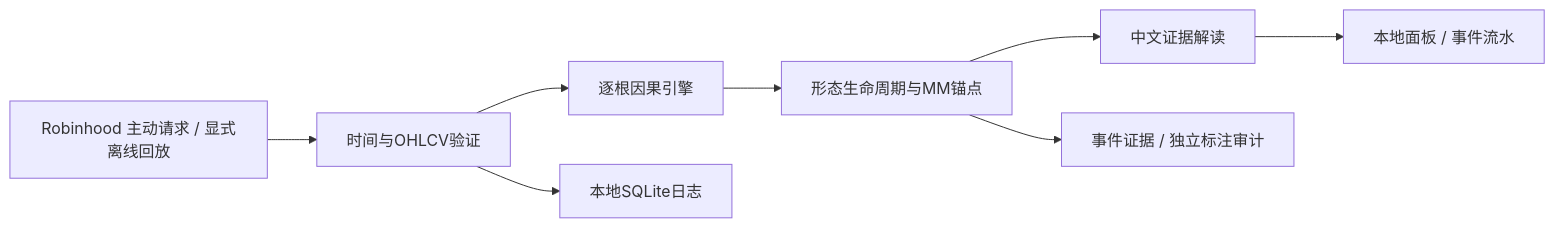
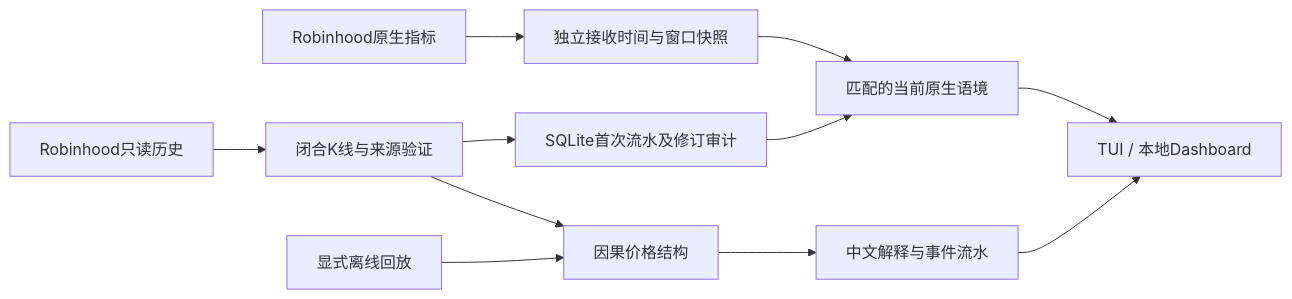
One commit to GordonBai/price-action-observer changed the diagram in README.zh-CN.md. Above: the diagram before and after it, drawn with Mermaid. The commit also changed other lines of this file and 7 other files, not shown here.

````diff
--- a/README.zh-CN.md
+++ b/README.zh-CN.md
@@ -114,10 +121,13 @@
 ```mermaid
 flowchart LR
-  A[Robinhood 主动请求 / 显式离线回放] --> B[时间与OHLCV验证]
-  B --> C[逐根因果引擎]
-  B --> J[本地SQLite日志]
-  C --> D[形态生命周期与MM锚点]
-  D --> E[中文证据解读]
-  E --> F[本地面板 / 事件流水]
-  D --> G[事件证据 / 独立标注审计]
+  A[Robinhood只读历史] --> B[闭合K线与来源验证]
+  B --> C[因果价格结构]
+  B --> J[SQLite首次流水及修订审计]
+  N[Robinhood原生指标] --> S[独立接收时间与窗口快照]
+  S --> I[匹配的当前原生语境]
+  J --> I
+  C --> E[中文解释与事件流水]
+  I --> V[TUI / 本地Dashboard]
+  E --> V
+  R[显式离线回放] --> C
 ```
````
